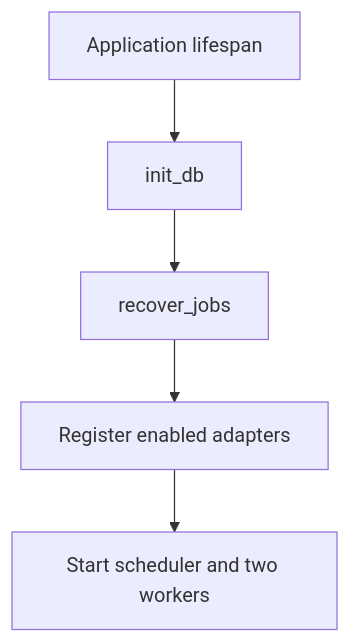
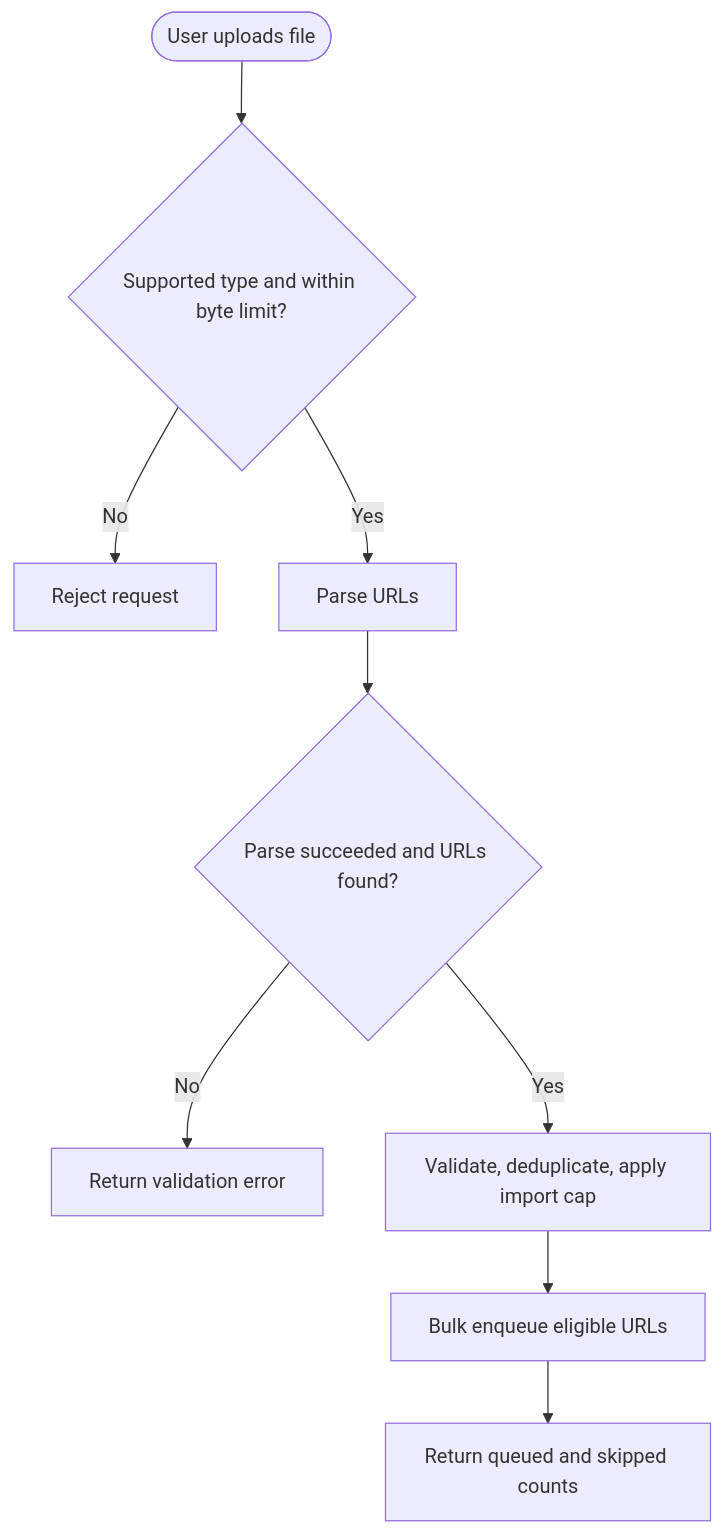
One commit to ekolancer/SocDownload changed the second of 3 diagrams in docs/01-requirements/flowcharts.md. Above: the diagram before and after it, drawn with Mermaid. The commit also changed other lines of this file and 25 other files, not shown here.

````diff
--- a/docs/01-requirements/flowcharts.md
+++ b/docs/01-requirements/flowcharts.md
@@ -25,7 +34,11 @@
 ```mermaid
 flowchart TD
- A[Application lifespan] --> B[init_db]
- B --> C[recover_jobs]
- C --> D[Register enabled adapters]
- D --> E[Start scheduler and two workers]
+    A([User uploads file]) --> B{Supported type and within byte limit?}
+    B -- No --> C[Reject request]
+    B -- Yes --> D[Parse URLs]
+    D --> E{Parse succeeded and URLs found?}
+    E -- No --> F[Return validation error]
+    E -- Yes --> G[Validate, deduplicate, apply import cap]
+    G --> H[Bulk enqueue eligible URLs]
+    H --> I[Return queued and skipped counts]
 ```
````
